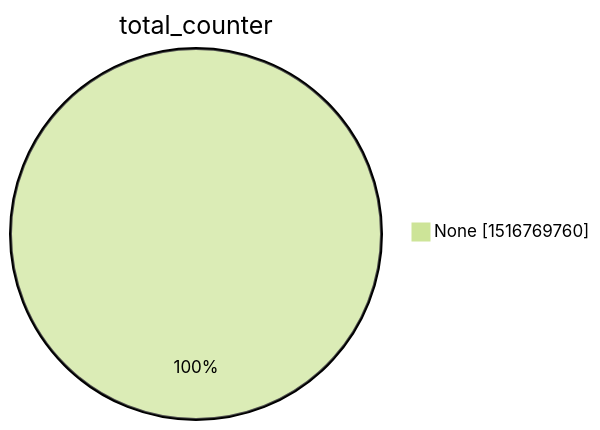
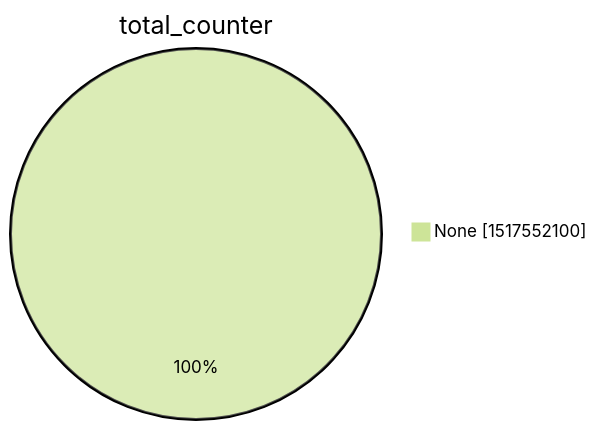
One commit to christiankrug/ctmonitor_visualization changed the second of 15 diagrams in xenon2022/README.md. Above: the diagram before and after it, drawn with Mermaid (forest theme). The commit also changed other lines of this file, not shown here.

````diff
--- a/xenon2022/README.md
+++ b/xenon2022/README.md
@@ -9,5 +9,5 @@
 ```mermaid
 pie showData
 title total_counter
-"None" :1516769760
+"None" :1517552100
 ```
````
